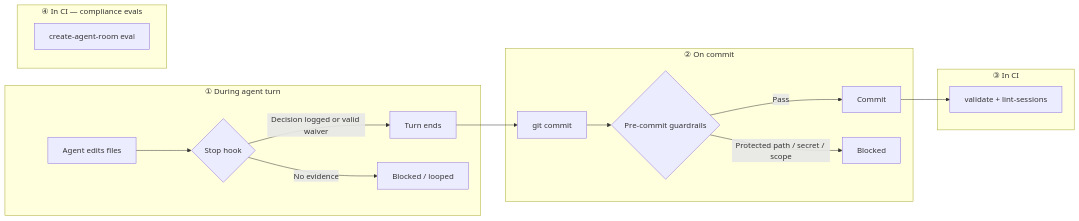
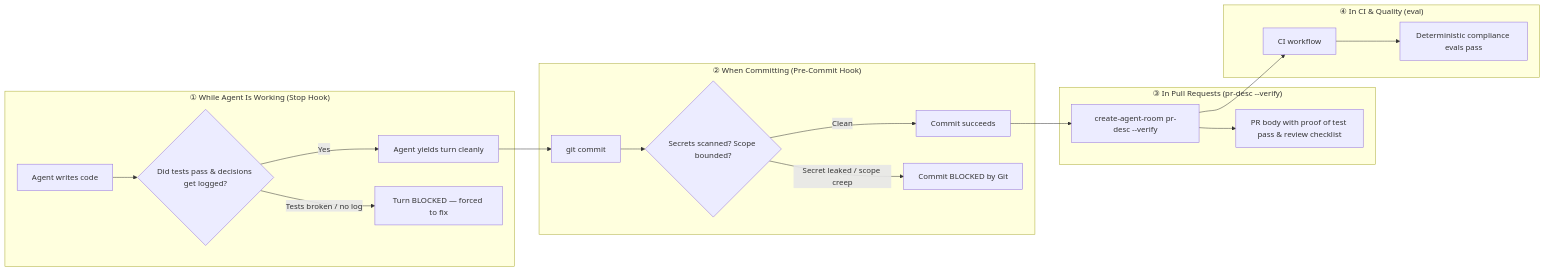
Before and after one commit to sipandey/create-agent-room: the diagram in README.md, drawn with Mermaid. The commit also changed other lines of this file and 2 other files, not shown here.

````diff
--- a/README.md
+++ b/README.md
@@ -27,21 +38,22 @@
 ```mermaid
 flowchart LR
-  subgraph L1["① During agent turn"]
-    A[Agent edits files] --> B{Stop hook}
-    B -->|Decision logged or valid waiver| C[Turn ends]
-    B -->|No evidence| D[Blocked / looped]
+  subgraph L1["① While Agent Is Working (Stop Hook)"]
+    A[Agent writes code] --> B{Did tests pass & decisions get logged?}
+    B -->|Yes| C[Agent yields turn cleanly]
+    B -->|Tests broken / no log| D[Turn BLOCKED — forced to fix]
   end
-  subgraph L2["② On commit"]
-    E[git commit] --> F{Pre-commit guardrails}
-    F -->|Pass| G[Commit]
-    F -->|Protected path / secret / scope| H[Blocked]
+  subgraph L2["② When Committing (Pre-Commit Hook)"]
+    E[git commit] --> F{Secrets scanned? Scope bounded?}
+    F -->|Clean| G[Commit succeeds]
+    F -->|Secret leaked / scope creep| H[Commit BLOCKED by Git]
   end
-  subgraph L3["③ In CI"]
-    I[validate + lint-sessions]
+  subgraph L3["③ In Pull Requests (pr-desc --verify)"]
+    I[create-agent-room pr-desc --verify] --> J[PR body with proof of test pass & review checklist]
   end
-  subgraph L4["④ In CI — compliance evals"]
-    J[create-agent-room eval]
+  subgraph L4["④ In CI & Quality (eval)"]
+    K[CI workflow] --> L[Deterministic compliance evals pass]
   end
   C --> E
   G --> I
+  I --> K
 ```
````
